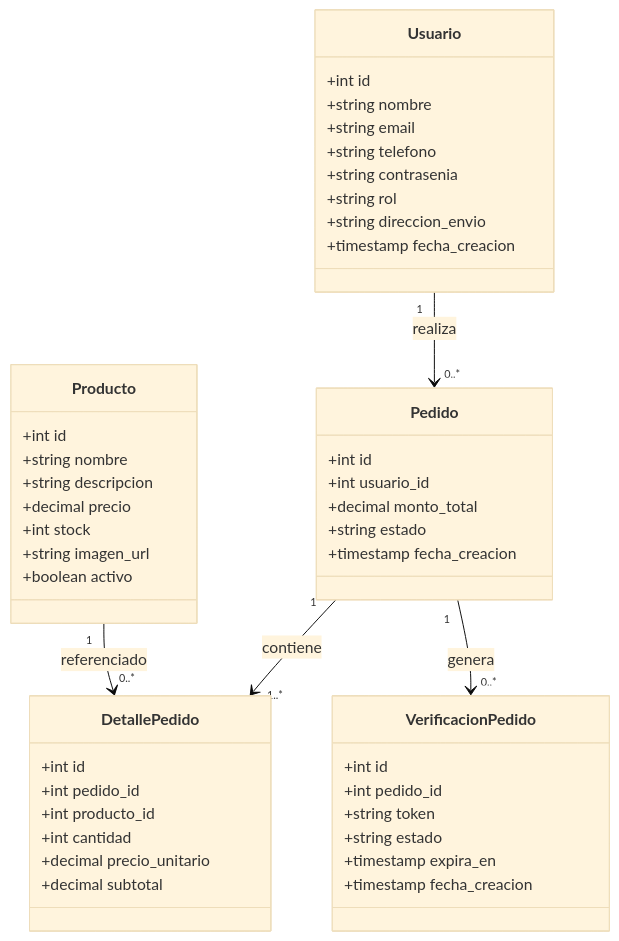
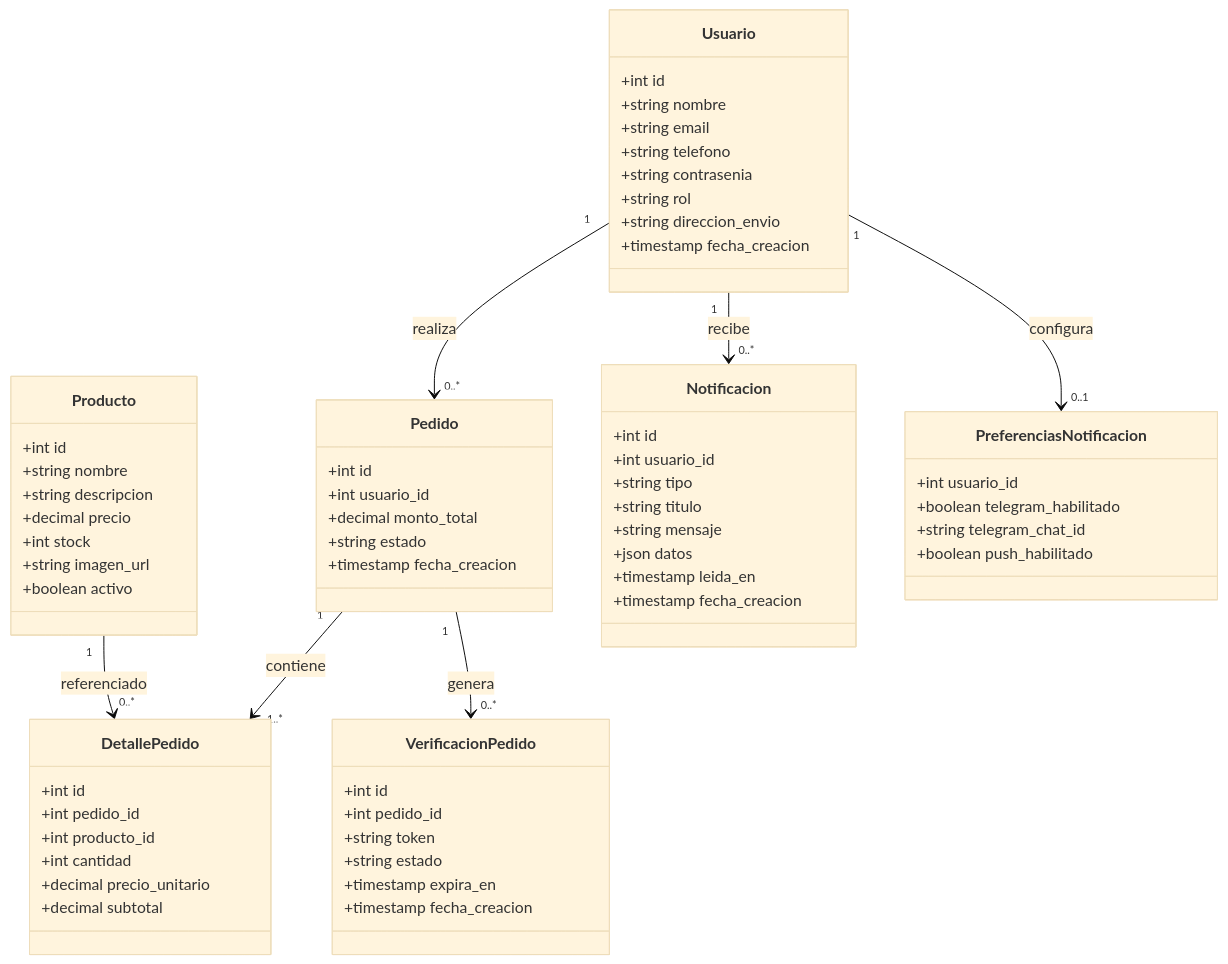
Before and after one commit to Johanx66/Proyecto-tienda-Steeven: the second of 3 diagrams in docs/DIAGRAMA_CLASES_UML.md, drawn with Mermaid (base theme). The commit also changed other lines of this file and 28 other files, not shown here.

````diff
--- a/docs/DIAGRAMA_CLASES_UML.md
+++ b/docs/DIAGRAMA_CLASES_UML.md
@@ -155,54 +183,74 @@
 ```mermaid
 classDiagram
     class Usuario {
         +int id
         +string nombre
         +string email
         +string telefono
         +string contrasenia
         +string rol
         +string direccion_envio
         +timestamp fecha_creacion
     }
 
     class Producto {
         +int id
         +string nombre
         +string descripcion
         +decimal precio
         +int stock
         +string imagen_url
         +boolean activo
     }
 
     class Pedido {
         +int id
         +int usuario_id
         +decimal monto_total
         +string estado
         +timestamp fecha_creacion
     }
 
     class DetallePedido {
         +int id
         +int pedido_id
         +int producto_id
         +int cantidad
         +decimal precio_unitario
         +decimal subtotal
     }
 
     class VerificacionPedido {
         +int id
         +int pedido_id
         +string token
         +string estado
         +timestamp expira_en
         +timestamp fecha_creacion
     }
 
+    class Notificacion {
+        +int id
+        +int usuario_id
+        +string tipo
+        +string titulo
+        +string mensaje
+        +json datos
+        +timestamp leida_en
+        +timestamp fecha_creacion
+    }
+
+    class PreferenciasNotificacion {
+        +int usuario_id
+        +boolean telegram_habilitado
+        +string telegram_chat_id
+        +boolean push_habilitado
+    }
+
     Usuario "1" --> "0..*" Pedido : realiza
     Pedido "1" --> "1..*" DetallePedido : contiene
     Producto "1" --> "0..*" DetallePedido : referenciado
     Pedido "1" --> "0..*" VerificacionPedido : genera
+    Usuario "1" --> "0..*" Notificacion : recibe
+    Usuario "1" --> "0..1" PreferenciasNotificacion : configura
 ```
````
